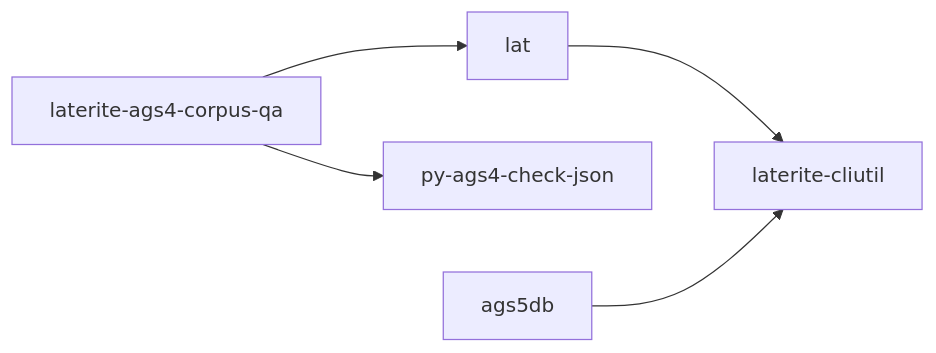
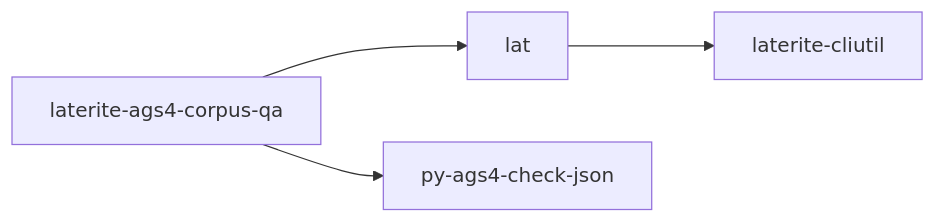
Before and after one commit to niko86/laterite: the diagram in ags-wiki/tools/laterite-cli.md, drawn with Mermaid. The commit also changed other lines of this file and 32 other files, not shown here.

````diff
--- a/ags-wiki/tools/laterite-cli.md
+++ b/ags-wiki/tools/laterite-cli.md
@@ -83,7 +83,6 @@
 ```mermaid
 flowchart LR
   crawl[laterite-ags4-corpus-qa] --> ags4check[lat]
   crawl --> py[py-ags4-check-json]
   ags4check --> cliutil[laterite-cliutil]
-  ags5db[ags5db] --> cliutil
 ```
````
